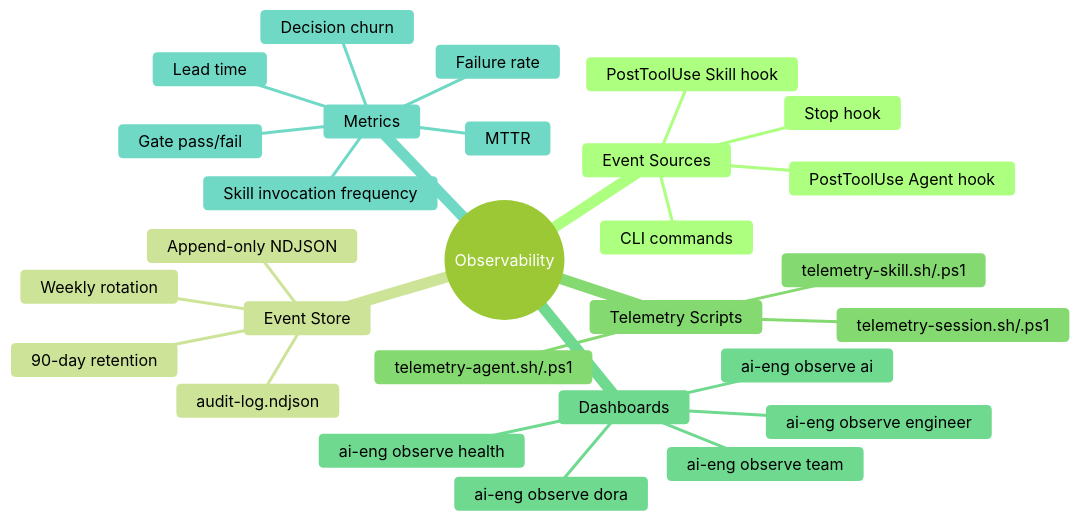
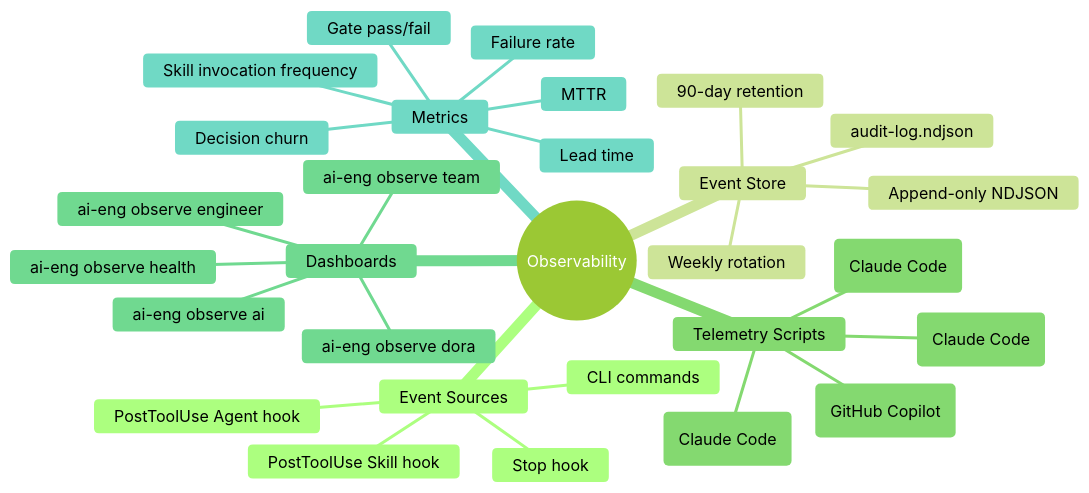
One commit to arcasilesgroup/ai-engineering changed diagram 11 of 13 in docs/solution-intent.md. Above: the diagram before and after it, drawn with Mermaid (forest theme). The commit also changed 117 other files, not shown here.

````diff
--- a/docs/solution-intent.md
+++ b/docs/solution-intent.md
@@ -603,31 +603,32 @@
 ```mermaid
 mindmap
     root((Observability))
         Event Sources
             PostToolUse Skill hook
             PostToolUse Agent hook
             Stop hook
             CLI commands
         Event Store
             audit-log.ndjson
             Append-only NDJSON
             Weekly rotation
             90-day retention
         Telemetry Scripts
-            telemetry-skill.sh/.ps1
-            telemetry-agent.sh/.ps1
-            telemetry-session.sh/.ps1
+            telemetry-skill.py (Claude Code)
+            observe.py (Claude Code)
+            cost-tracker.py (Claude Code)
+            copilot-*.sh/.ps1 (GitHub Copilot)
         Dashboards
             ai-eng observe engineer
             ai-eng observe team
             ai-eng observe ai
             ai-eng observe dora
             ai-eng observe health
         Metrics
             Lead time
             Failure rate
             MTTR
             Gate pass/fail
             Decision churn
             Skill invocation frequency
 ```
````
